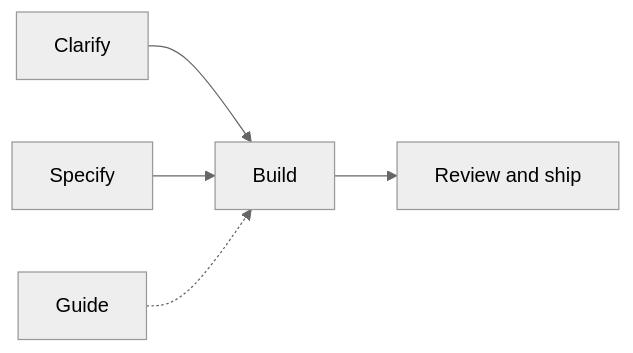
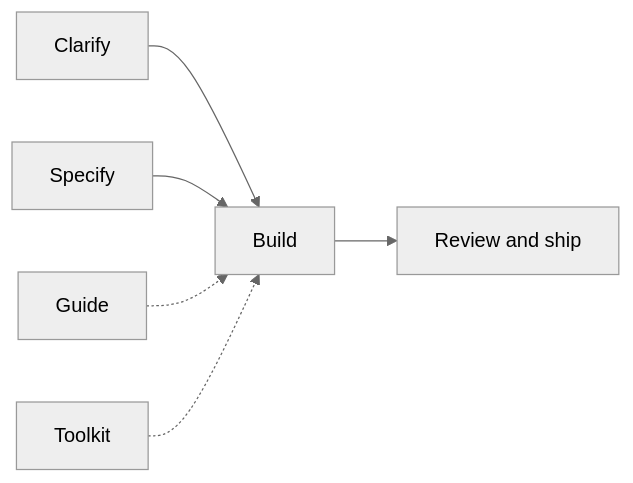
One commit to Gabriel-Lafrance/Skills changed the diagram in README.md. Above: the diagram before and after it, drawn with Mermaid (neutral theme). The commit also changed other lines of this file and 23 other files, not shown here.

````diff
--- a/README.md
+++ b/README.md
@@ -36,7 +61,8 @@
 ```mermaid
 flowchart LR
   clarify[Clarify] --> build[Build]
   specify[Specify] --> build
   guide[Guide] -.-> build
+  toolkit[Toolkit] -.-> build
   build --> ship[Review and ship]
 ```
````
